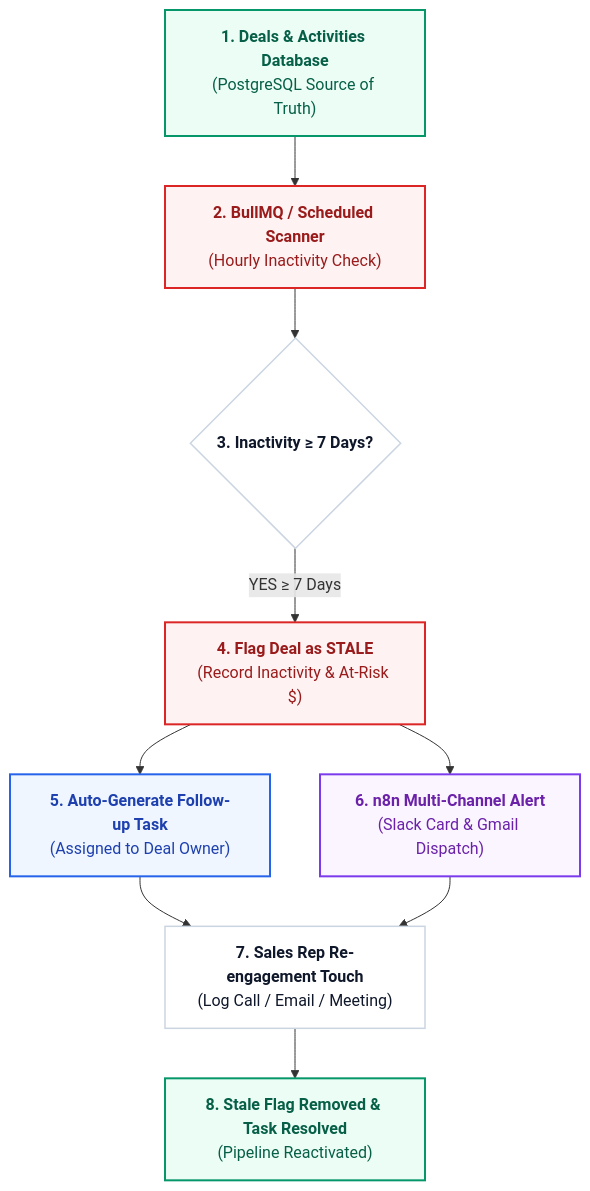
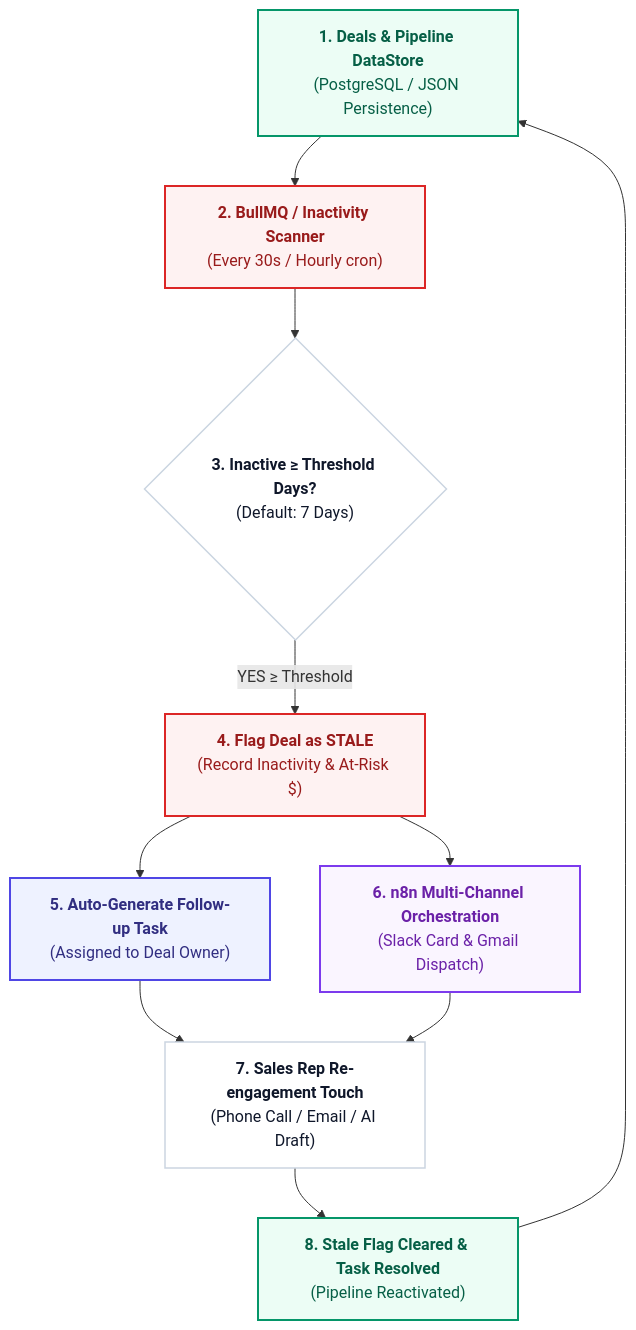
One commit to IbraheemRehan/Stale-deal-recovery changed the diagram in README.md. Above: the diagram before and after it, drawn with Mermaid. The commit also changed other lines of this file and 1 other file, not shown here.

Commit message:
docs(readme): add n8n workflow diagram and comprehensive enterprise documentation

````diff
--- a/README.md
+++ b/README.md
@@ -11,26 +52,27 @@
 ```mermaid
 graph TD
     classDef step fill:#ffffff,stroke:#cbd5e1,stroke-width:1.5px,color:#0f172a;
-    classDef primary fill:#eff6ff,stroke:#2563eb,stroke-width:2px,color:#1e40af;
+    classDef primary fill:#eef2ff,stroke:#4f46e5,stroke-width:2px,color:#312e81;
     classDef db fill:#ecfdf5,stroke:#059669,stroke-width:2px,color:#065f46;
     classDef timer fill:#fef2f2,stroke:#dc2626,stroke-width:2px,color:#991b1b;
     classDef n8n fill:#faf5ff,stroke:#7c3aed,stroke-width:2px,color:#6b21a8;
 
-    A["<b>1. Deals &amp; Activities Database</b><br/>(PostgreSQL Source of Truth)"]:::db
-    B["<b>2. BullMQ / Scheduled Scanner</b><br/>(Hourly Inactivity Check)"]:::timer
-    C{"<b>3. Inactivity &ge; 7 Days?</b>"}:::step
+    A["<b>1. Deals &amp; Pipeline DataStore</b><br/>(PostgreSQL / JSON Persistence)"]:::db
+    B["<b>2. BullMQ / Inactivity Scanner</b><br/>(Every 30s / Hourly cron)"]:::timer
+    C{"<b>3. Inactive &ge; Threshold Days?</b><br/>(Default: 7 Days)"}:::step
     D["<b>4. Flag Deal as STALE</b><br/>(Record Inactivity &amp; At-Risk $)"]:::timer
     E["<b>5. Auto-Generate Follow-up Task</b><br/>(Assigned to Deal Owner)"]:::primary
-    F["<b>6. n8n Multi-Channel Alert</b><br/>(Slack Card &amp; Gmail Dispatch)"]:::n8n
-    G["<b>7. Sales Rep Re-engagement Touch</b><br/>(Log Call / Email / Meeting)"]:::step
-    H["<b>8. Stale Flag Removed &amp; Task Resolved</b><br/>(Pipeline Reactivated)"]:::db
+    F["<b>6. n8n Multi-Channel Orchestration</b><br/>(Slack Card &amp; Gmail Dispatch)"]:::n8n
+    G["<b>7. Sales Rep Re-engagement Touch</b><br/>(Phone Call / Email / AI Draft)"]:::step
+    H["<b>8. Stale Flag Cleared &amp; Task Resolved</b><br/>(Pipeline Reactivated)"]:::db
 
     A --> B
     B --> C
-    C -->|YES &ge; 7 Days| D
+    C -->|YES &ge; Threshold| D
     D --> E
     D --> F
     E --> G
     F --> G
     G --> H
+    H --> A
 ```
````
